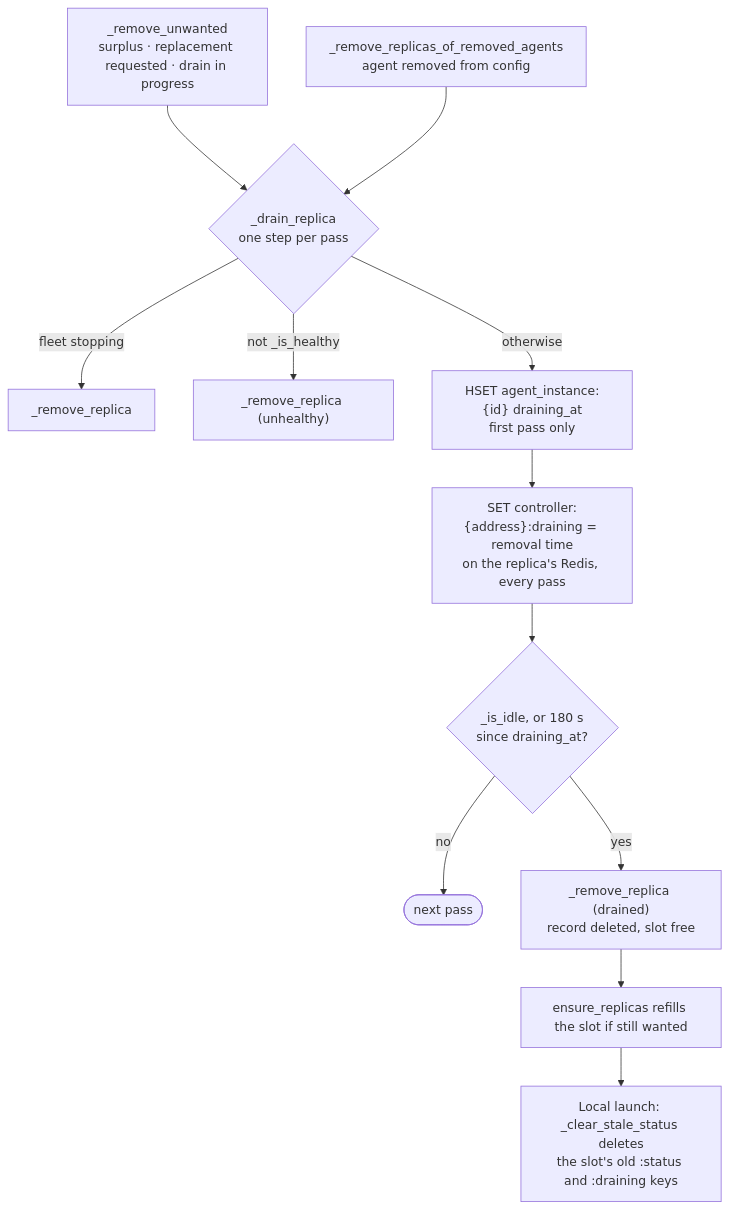
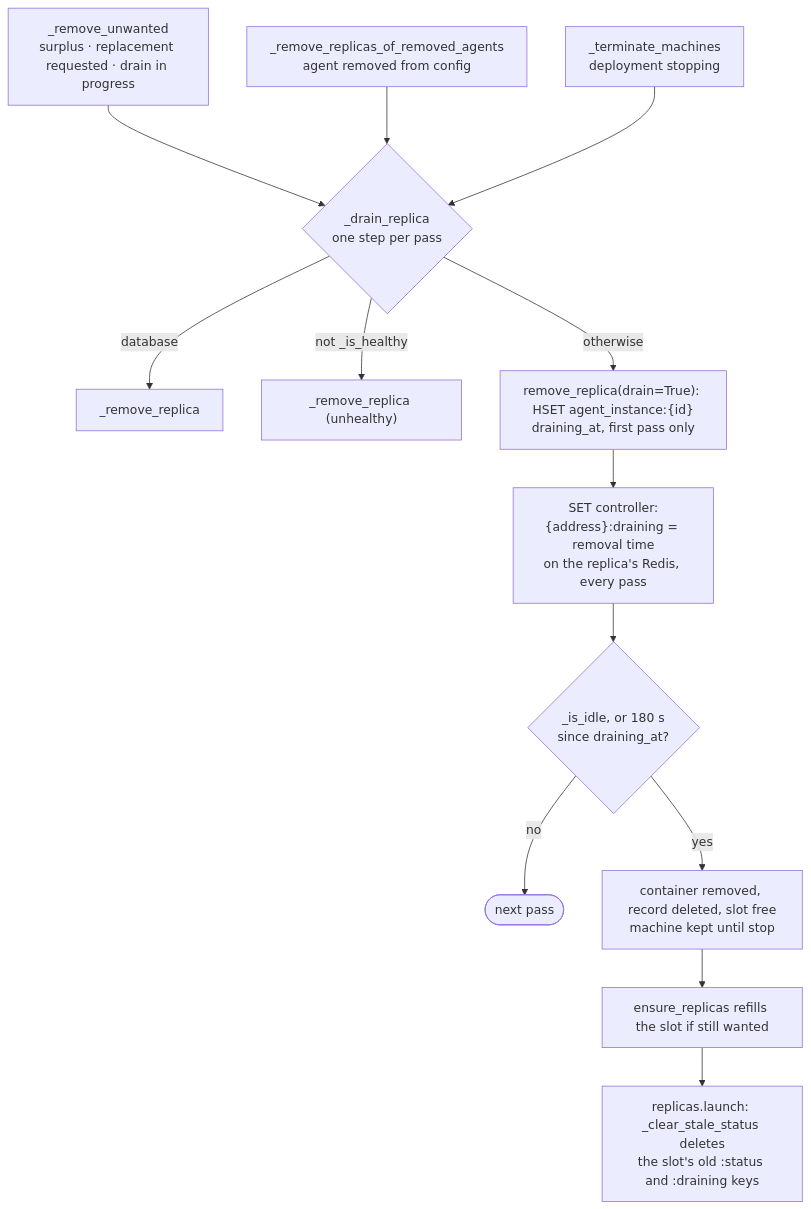
Before and after one commit to CanyonCodeCoreAI/canyonos: the first of 3 diagrams in docs/architecture/RECONCILER.md, drawn with Mermaid. The commit also changed other lines of this file and 48 other files, not shown here.

````diff
--- a/docs/architecture/RECONCILER.md
+++ b/docs/architecture/RECONCILER.md
@@ -130,14 +133,15 @@
 ```mermaid
 flowchart TD
     unwanted["_remove_unwanted<br/>surplus · replacement requested · drain in progress"] --> drain
     gone["_remove_replicas_of_removed_agents<br/>agent removed from config"] --> drain
-    drain{"_drain_replica<br/>one step per pass"} -->|fleet stopping| now["_remove_replica"]
+    stop["_terminate_machines<br/>deployment stopping"] --> drain
+    drain{"_drain_replica<br/>one step per pass"} -->|database| now["_remove_replica"]
     drain -->|not _is_healthy| unhealthy["_remove_replica (unhealthy)"]
-    drain -->|otherwise| mark["HSET agent_instance:{id} draining_at<br/>first pass only"]
+    drain -->|otherwise| mark["remove_replica(drain=True): HSET agent_instance:{id}<br/>draining_at, first pass only"]
     mark --> flag["SET controller:{address}:draining = removal time<br/>on the replica's Redis, every pass"]
     flag --> idle{"_is_idle, or 180 s<br/>since draining_at?"}
     idle -->|no| next(["next pass"])
-    idle -->|yes| drained["_remove_replica (drained)<br/>record deleted, slot free"]
+    idle -->|yes| drained["container removed, record deleted, slot free<br/>machine kept until stop"]
     drained --> refill["ensure_replicas refills the slot if still wanted"]
-    refill --> clear["Local launch: _clear_stale_status deletes<br/>the slot's old :status and :draining keys"]
+    refill --> clear["replicas.launch: _clear_stale_status deletes<br/>the slot's old :status and :draining keys"]
 ```
````
